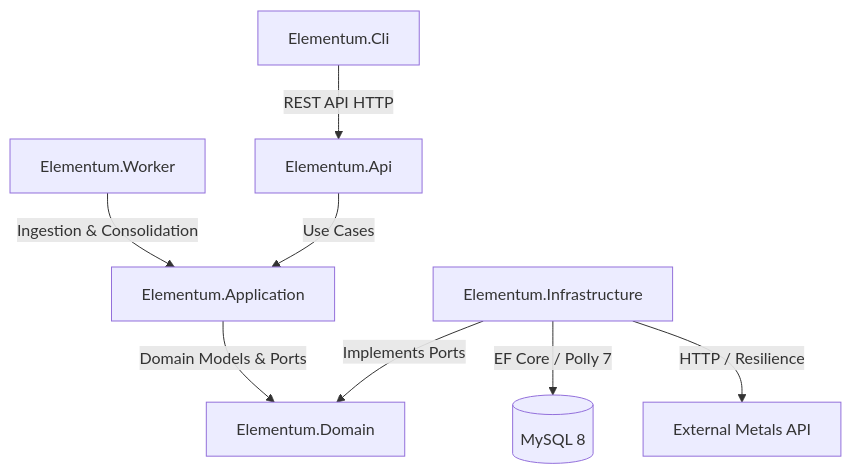
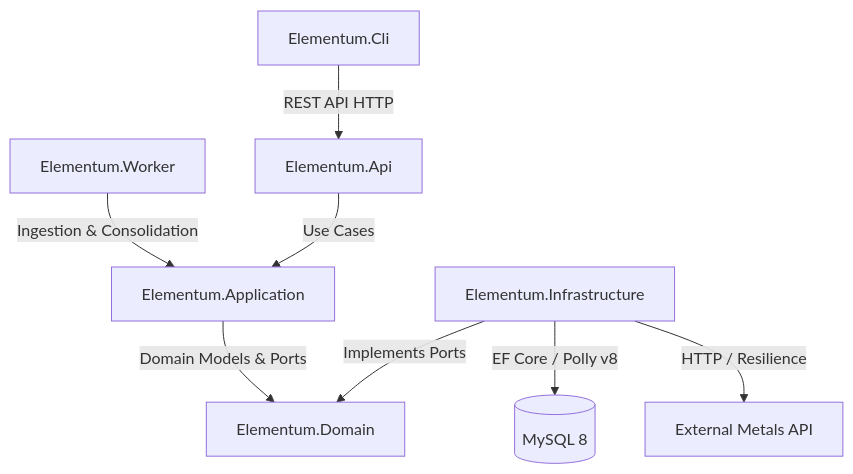
The diagram in README.md (meelinaa/Elementum), drawn with Mermaid before and after one commit. The commit also changed other lines of this file and 13 other files, not shown here.

````diff
--- a/README.md
+++ b/README.md
@@ -78,10 +78,10 @@
 ```mermaid
 graph TD
     CLI[Elementum.Cli] -->|REST API HTTP| API[Elementum.Api]
     WORKER[Elementum.Worker] -->|Ingestion & Consolidation| APP[Elementum.Application]
     API -->|Use Cases| APP
     APP -->|Domain Models & Ports| DOMAIN[Elementum.Domain]
     INFRA[Elementum.Infrastructure] -->|Implements Ports| DOMAIN
-    INFRA -->|EF Core / Polly 7| DB[(MySQL 8)]
+    INFRA -->|EF Core / Polly v8| DB[(MySQL 8)]
     INFRA -->|HTTP / Resilience| EXT[External Metals API]
 ```
````
